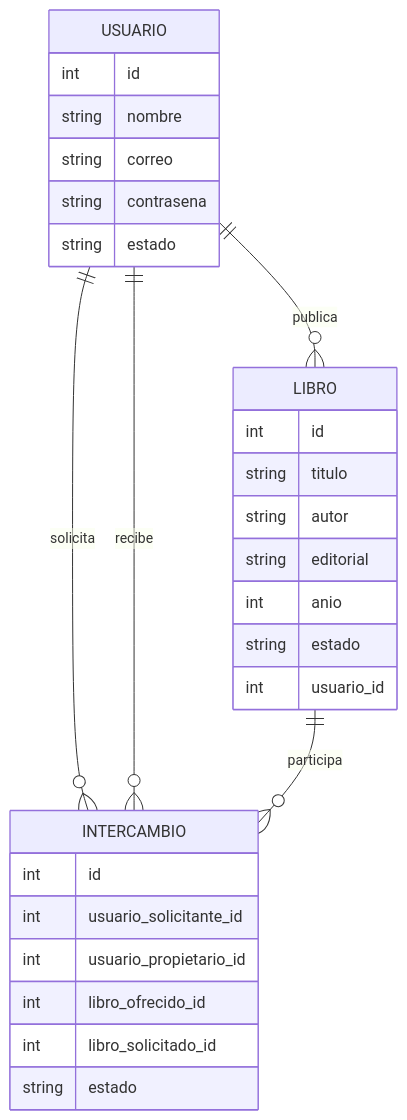
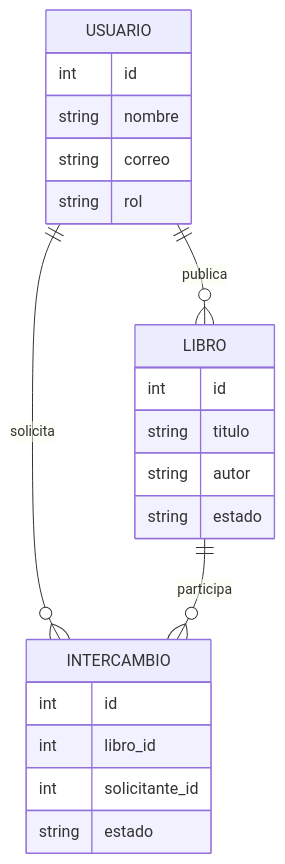
Before and after one commit to uleam-web-2026-2/servidor-vinces-tumbaco: the first of 2 diagrams in servidor-vinces-tumbaco-main/docs/hito1_ficha_del_negocio.md, drawn with Mermaid. The commit also changed other lines of this file and 1 other file, not shown here.

````diff
--- a/servidor-vinces-tumbaco-main/docs/hito1_ficha_del_negocio.md
+++ b/servidor-vinces-tumbaco-main/docs/hito1_ficha_del_negocio.md
@@ -83,34 +124,27 @@
 ```mermaid
 erDiagram
     USUARIO ||--o{ LIBRO : publica
     USUARIO ||--o{ INTERCAMBIO : solicita
-    USUARIO ||--o{ INTERCAMBIO : recibe
     LIBRO ||--o{ INTERCAMBIO : participa
 
     USUARIO {
         int id
         string nombre
         string correo
-        string contrasena
-        string estado
+        string rol
     }
 
     LIBRO {
         int id
         string titulo
         string autor
-        string editorial
-        int anio
         string estado
-        int usuario_id
     }
 
     INTERCAMBIO {
         int id
-        int usuario_solicitante_id
-        int usuario_propietario_id
-        int libro_ofrecido_id
-        int libro_solicitado_id
+        int libro_id
+        int solicitante_id
         string estado
     }
 ```
````
